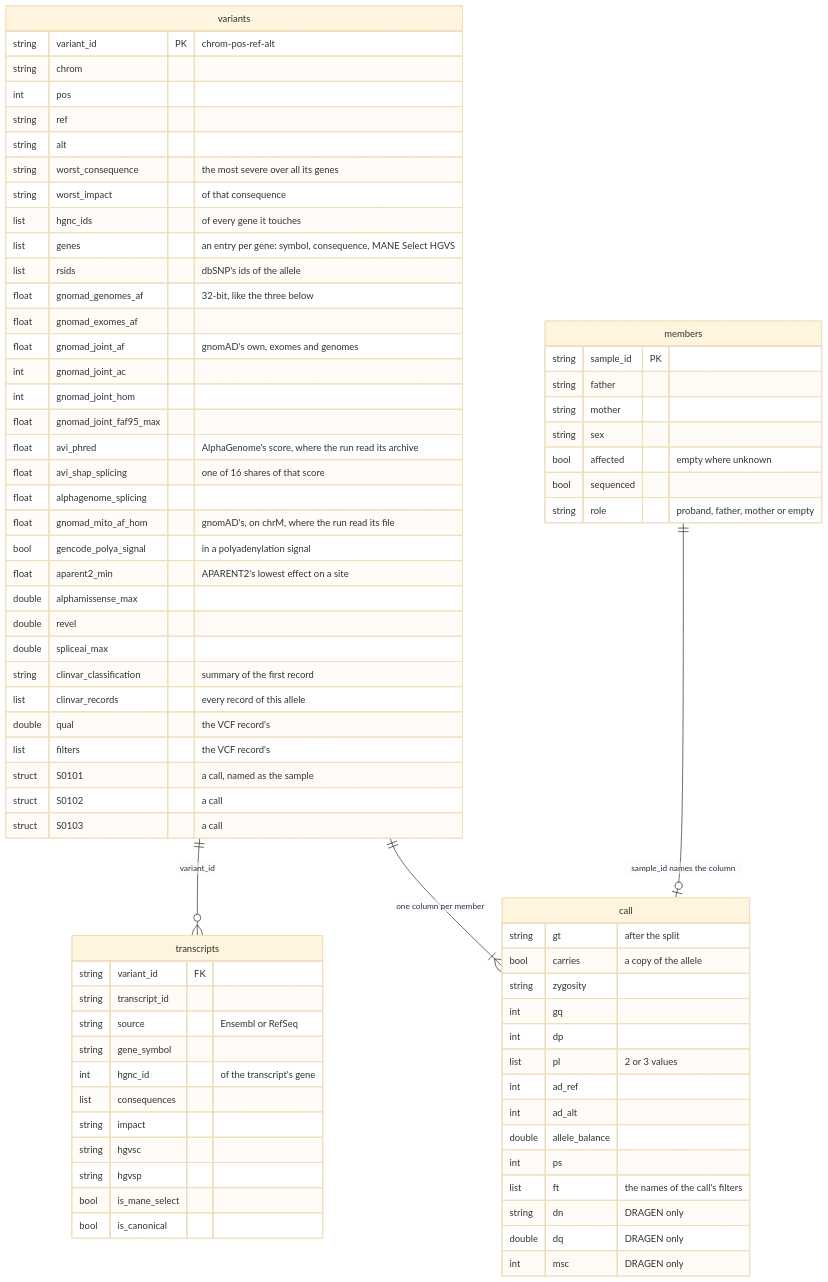
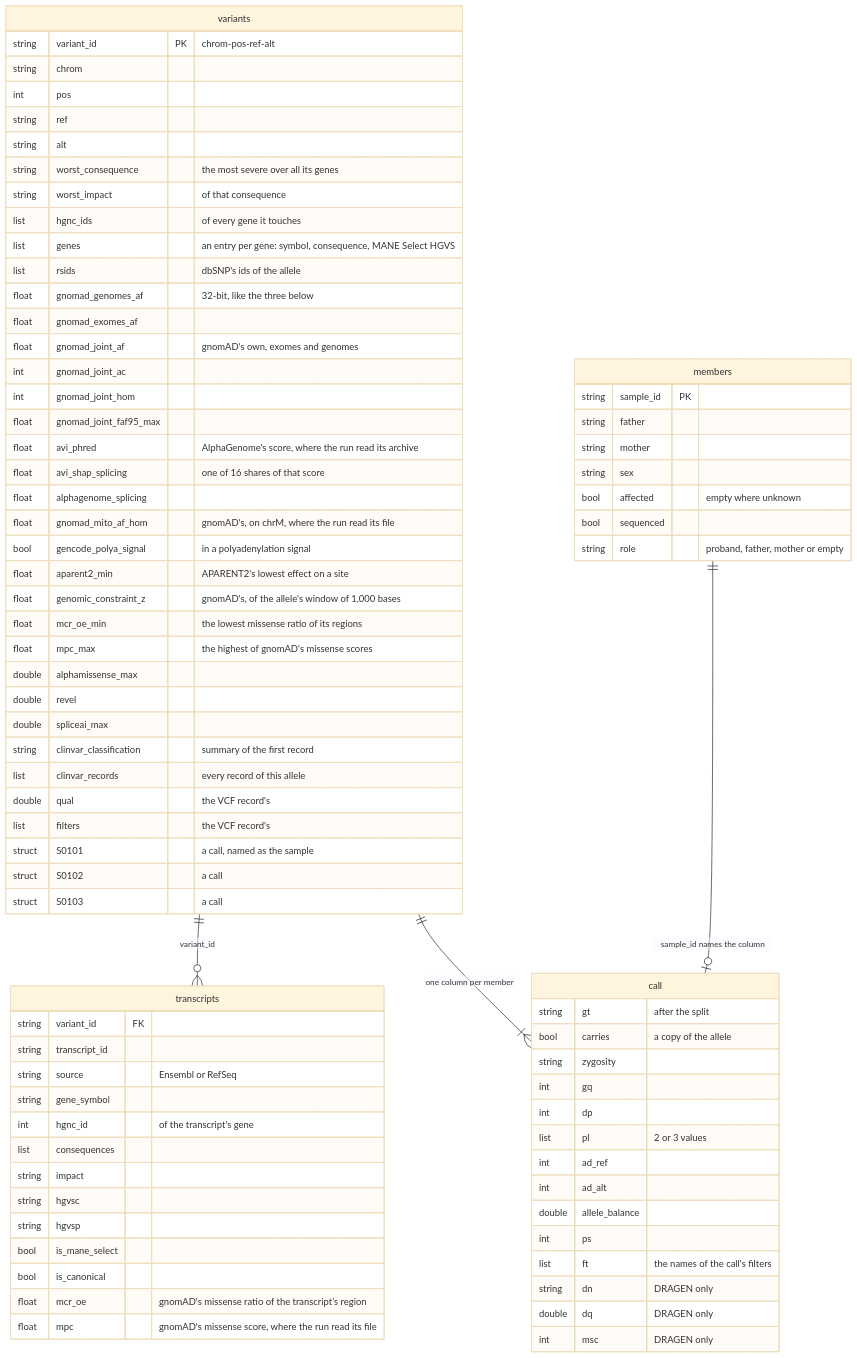
One commit to populationgenomics/case-annotation-pipeline changed the second of 4 diagrams in docs/family-tables.md. Above: the diagram before and after it, drawn with Mermaid (base theme). The commit also changed other lines of this file and 21 other files, not shown here.

First line of the commit message:
Join MitoTIP's scores and gnomAD's constraint and MPC to the alleles (#37)

```diff
--- a/docs/family-tables.md
+++ b/docs/family-tables.md
@@ -115,6 +115,9 @@
         float gnomad_mito_af_hom "gnomAD's, on chrM, where the run read its file"
         bool gencode_polya_signal "in a polyadenylation signal"
         float aparent2_min "APARENT2's lowest effect on a site"
+        float genomic_constraint_z "gnomAD's, of the allele's window of 1,000 bases"
+        float mcr_oe_min "the lowest missense ratio of its regions"
+        float mpc_max "the highest of gnomAD's missense scores"
         double alphamissense_max
         double revel
         double spliceai_max
@@ -138,6 +141,8 @@
         string hgvsp
         bool is_mane_select
         bool is_canonical
+        float mcr_oe "gnomAD's missense ratio of the transcript's region"
+        float mpc "gnomAD's missense score, where the run read its file"
     }
     call {
         string gt "after the split"
```
